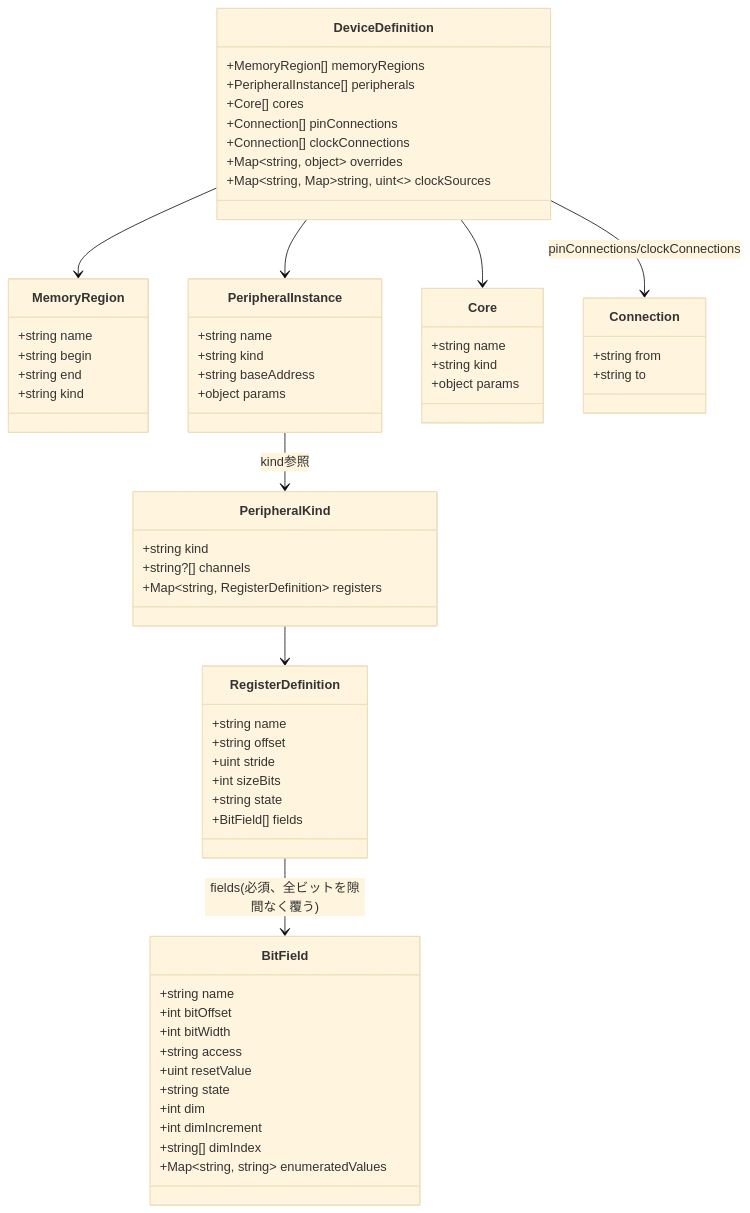
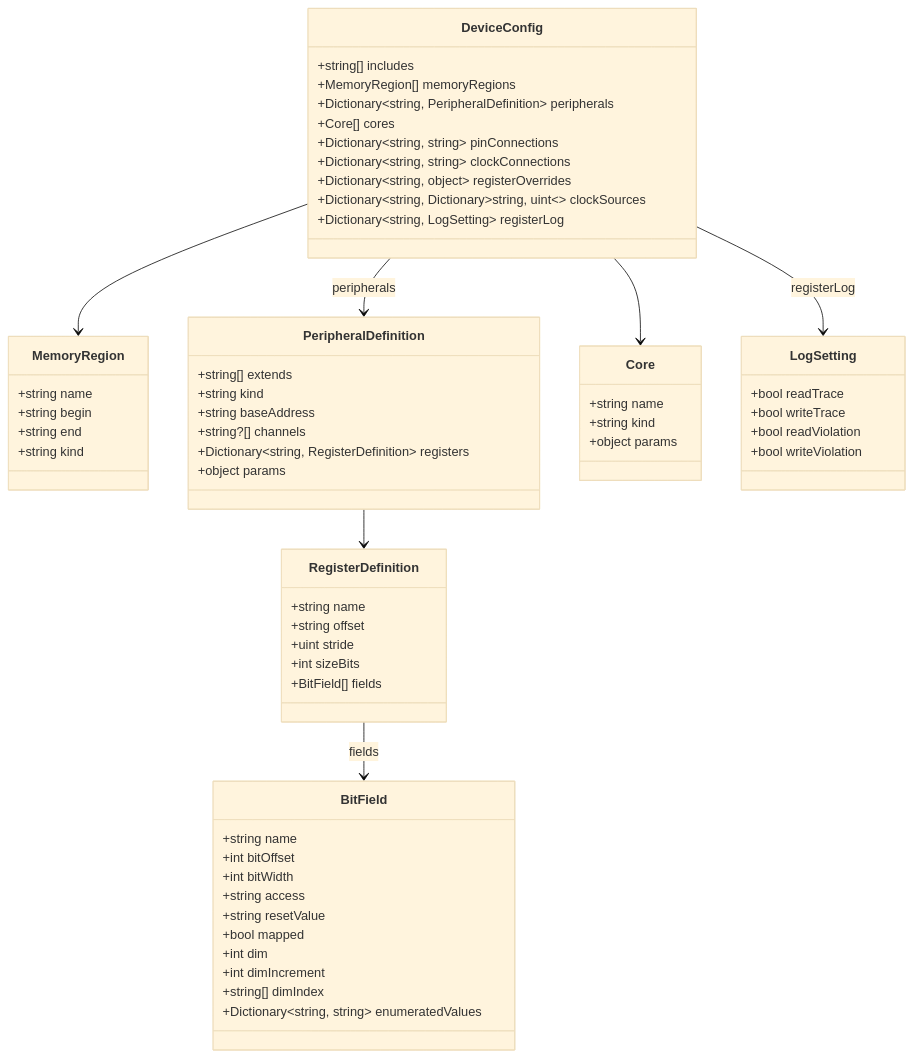
One commit to Sinsjr2/Arcavirt changed the first of 2 diagrams in doc/spec/Arcavirt.Cpu/README.md. Above: the diagram before and after it, drawn with Mermaid (base theme). The commit also changed other lines of this file and 2 other files, not shown here.

````diff
--- a/doc/spec/Arcavirt.Cpu/README.md
+++ b/doc/spec/Arcavirt.Cpu/README.md
@@ -84,66 +80,64 @@
 ```mermaid
 classDiagram
-    class DeviceDefinition {
+    class DeviceConfig {
+        +string[] includes
         +MemoryRegion[] memoryRegions
-        +PeripheralInstance[] peripherals
+        +Dictionary~string, PeripheralDefinition~ peripherals
         +Core[] cores
-        +Connection[] pinConnections
-        +Connection[] clockConnections
-        +Map~string, object~ overrides
-        +Map~string, Map~string, uint~~ clockSources
+        +Dictionary~string, string~ pinConnections
+        +Dictionary~string, string~ clockConnections
+        +Dictionary~string, object~ registerOverrides
+        +Dictionary~string, Dictionary~string, uint~~ clockSources
+        +Dictionary~string, LogSetting~ registerLog
     }
     class MemoryRegion {
         +string name
         +string begin
         +string end
         +string kind
     }
-    class PeripheralKind {
+    class PeripheralDefinition {
+        +string[] extends
         +string kind
+        +string baseAddress
         +string?[] channels
-        +Map~string, RegisterDefinition~ registers
+        +Dictionary~string, RegisterDefinition~ registers
+        +object params
     }
     class RegisterDefinition {
         +string name
         +string offset
         +uint stride
         +int sizeBits
-        +string state
         +BitField[] fields
     }
     class BitField {
         +string name
         +int bitOffset
         +int bitWidth
         +string access
-        +uint resetValue
-        +string state
+        +string resetValue
+        +bool mapped
         +int dim
         +int dimIncrement
         +string[] dimIndex
-        +Map~string, string~ enumeratedValues
-    }
-    RegisterDefinition --> BitField : fields(必須、全ビットを隙間なく覆う)
-    class PeripheralInstance {
-        +string name
-        +string kind
-        +string baseAddress
-        +object params
+        +Dictionary~string, string~ enumeratedValues
     }
     class Core {
         +string name
         +string kind
         +object params
     }
-    class Connection {
-        +string from
-        +string to
+    class LogSetting {
+        +bool readTrace
+        +bool writeTrace
+        +bool readViolation
+        +bool writeViolation
     }
-
-    DeviceDefinition --> MemoryRegion
-    DeviceDefinition --> PeripheralInstance
-    DeviceDefinition --> Core
-    DeviceDefinition --> Connection : pinConnections/clockConnections
-    PeripheralInstance --> PeripheralKind : kind参照
-    PeripheralKind --> RegisterDefinition
+    DeviceConfig --> MemoryRegion
+    DeviceConfig --> PeripheralDefinition : peripherals
+    DeviceConfig --> Core
+    DeviceConfig --> LogSetting : registerLog
+    PeripheralDefinition --> RegisterDefinition
+    RegisterDefinition --> BitField : fields
 ```
````
